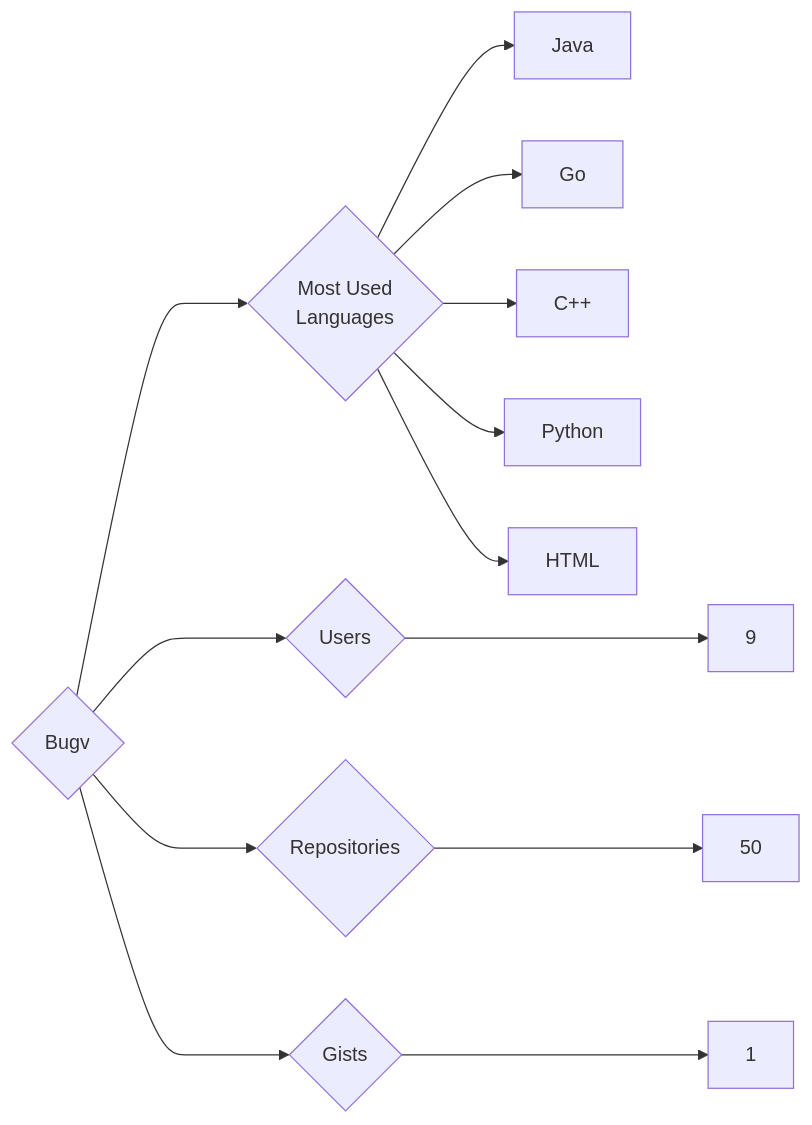
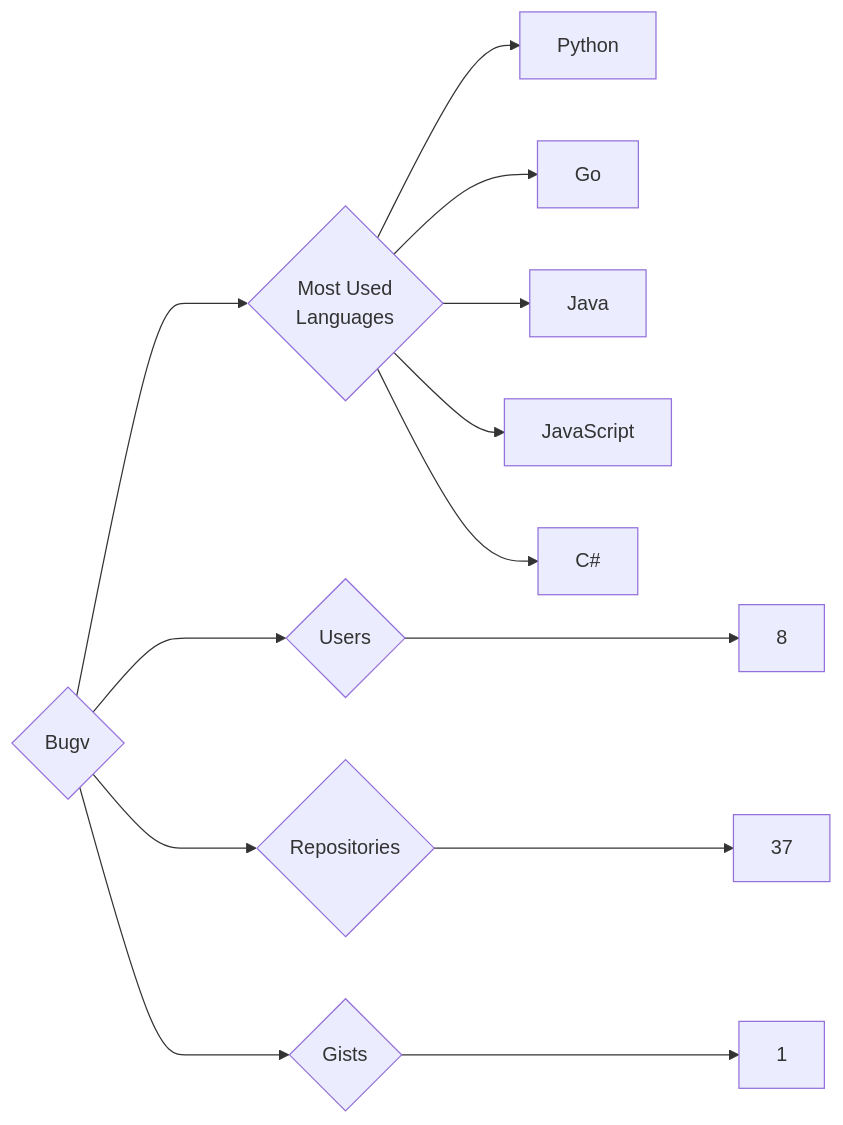
The diagram in targets/Bugv/README.md (trickest/insiders), drawn with Mermaid before and after one commit. The commit also changed 997 other files, not shown here.

````diff
--- a/targets/Bugv/README.md
+++ b/targets/Bugv/README.md
@@ -3,13 +3,13 @@
 ```mermaid
 graph LR
 COMPANY_NAME{Bugv}
-COMPANY_NAME ---> U{Users} ---> UN[9]
-COMPANY_NAME ---> R{Repositories} ---> RN[50]
+COMPANY_NAME ---> U{Users} ---> UN[8]
+COMPANY_NAME ---> R{Repositories} ---> RN[37]
 COMPANY_NAME ---> G{Gists} ---> GN[1]
 COMPANY_NAME ---> ML{Most Used<br>Languages}
+ML --> Python[Python]
+ML --> Go[Go]
 ML --> Java[Java]
-ML --> Go[Go]
-ML --> C++[C++]
-ML --> Python[Python]
-ML --> HTML[HTML]
+ML --> JavaScript[JavaScript]
+ML --> C#[C#]
 ```
````
